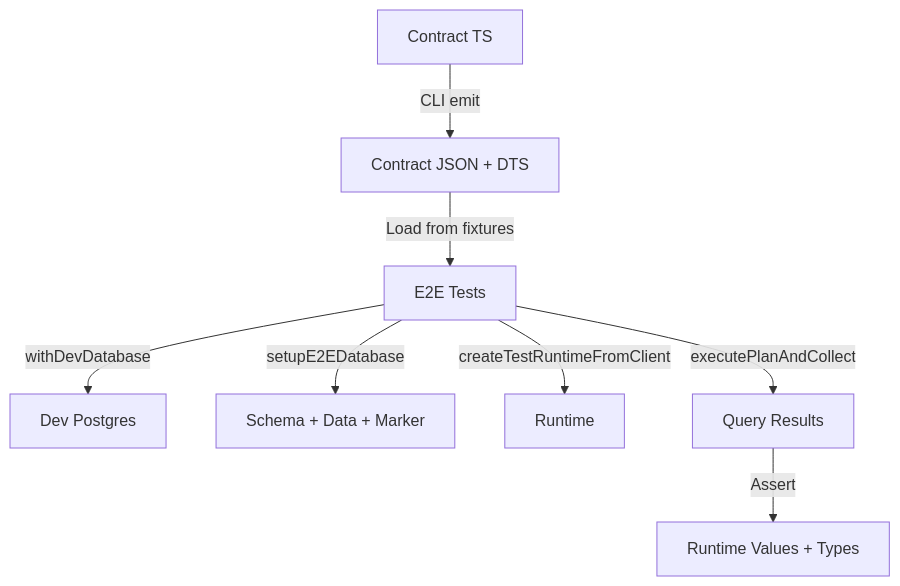
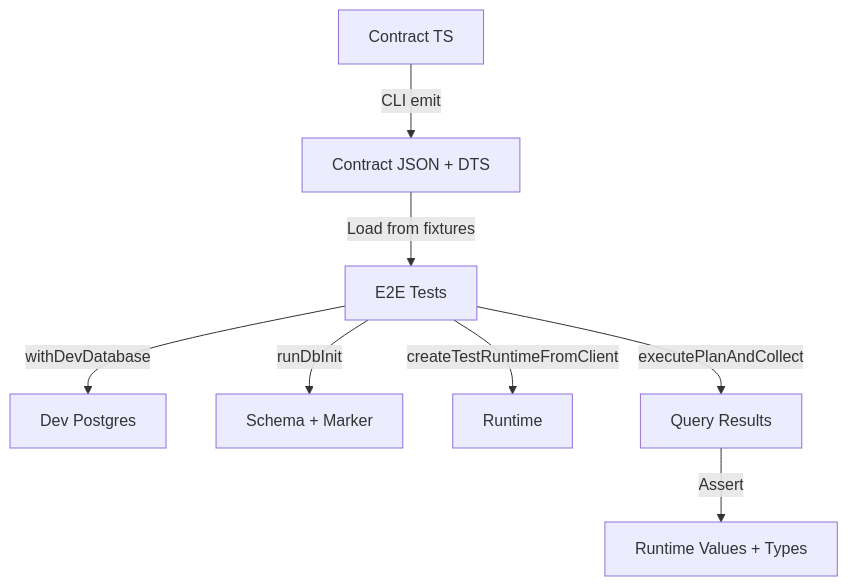
The diagram in test/e2e/framework/README.md (prisma/prisma-next), drawn with Mermaid before and after one commit. The commit also changed other lines of this file and 13 other files, not shown here.

````diff
--- a/test/e2e/framework/README.md
+++ b/test/e2e/framework/README.md
@@ -23,10 +23,10 @@
 ```mermaid
 flowchart TD
     A[Contract TS] -->|CLI emit| B[Contract JSON + DTS]
     B -->|Load from fixtures| C[E2E Tests]
     C -->|withDevDatabase| D[Dev Postgres]
-    C -->|setupE2EDatabase| E[Schema + Data + Marker]
+    C -->|runDbInit| E[Schema + Marker]
     C -->|createTestRuntimeFromClient| F[Runtime]
     C -->|executePlanAndCollect| G[Query Results]
     G -->|Assert| H[Runtime Values + Types]
 ```
````
